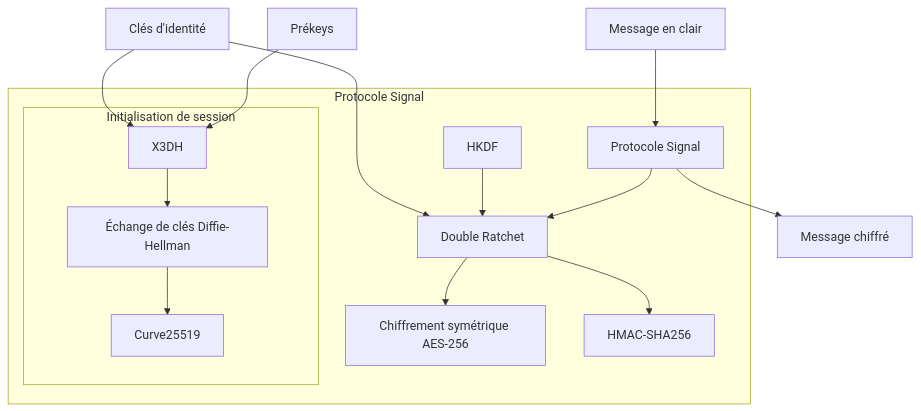
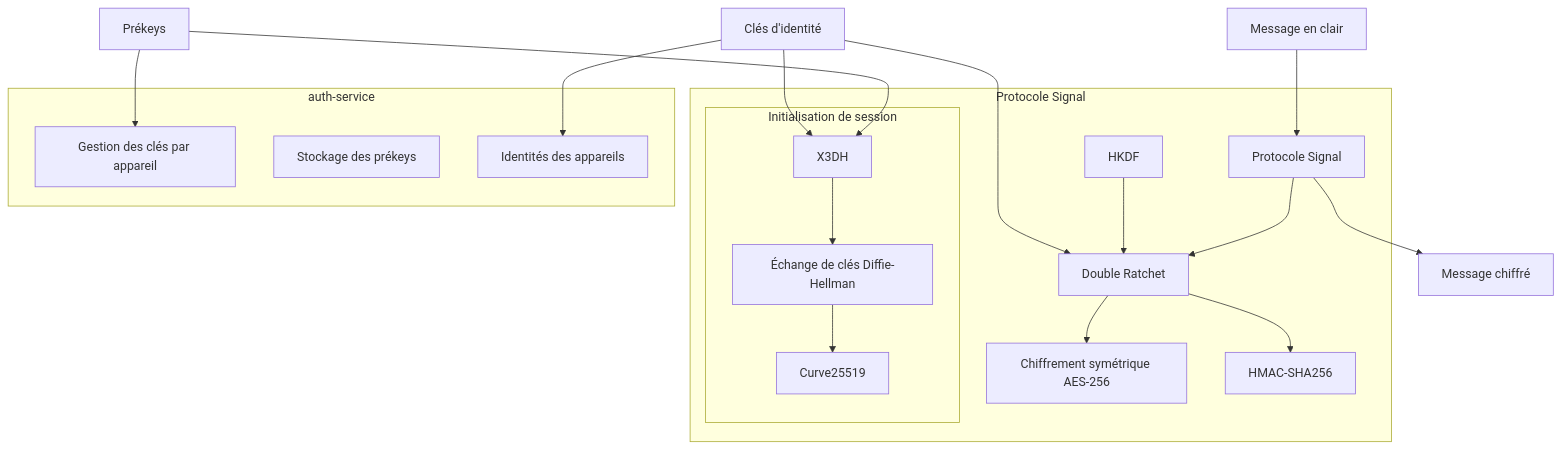
The first of 13 diagrams in documentation/2_fonctional_specs/4_encryption_end_to_end.md (whispr-messenger/auth-service), drawn with Mermaid before and after one commit. The commit also changed other lines of this file and 4 other files, not shown here.

Commit message:
📝 Update devices data managed by auth service

````diff
--- a/documentation/2_fonctional_specs/4_encryption_end_to_end.md
+++ b/documentation/2_fonctional_specs/4_encryption_end_to_end.md
@@ -34,23 +34,32 @@
 ```mermaid
 graph TD
     A[Message en clair] --> B[Protocole Signal]
     
     subgraph "Protocole Signal"
         B --> C[Double Ratchet]
         C --> D[Chiffrement symétrique AES-256]
         C --> E[HMAC-SHA256]
         
         subgraph "Initialisation de session"
             F[X3DH] --> G[Échange de clés Diffie-Hellman]
             G --> H[Curve25519]
         end
         
         I[HKDF] --> C
     end
     
     B --> J[Message chiffré]
     
     K[Prékeys] --> F
     L[Clés d'identité] --> F
     L --> C
+    
+    subgraph "auth-service"
+        M[Gestion des clés par appareil]
+        N[Stockage des prékeys]
+        O[Identités des appareils]
+    end
+    
+    K --> M
+    L --> O
 ```
````
